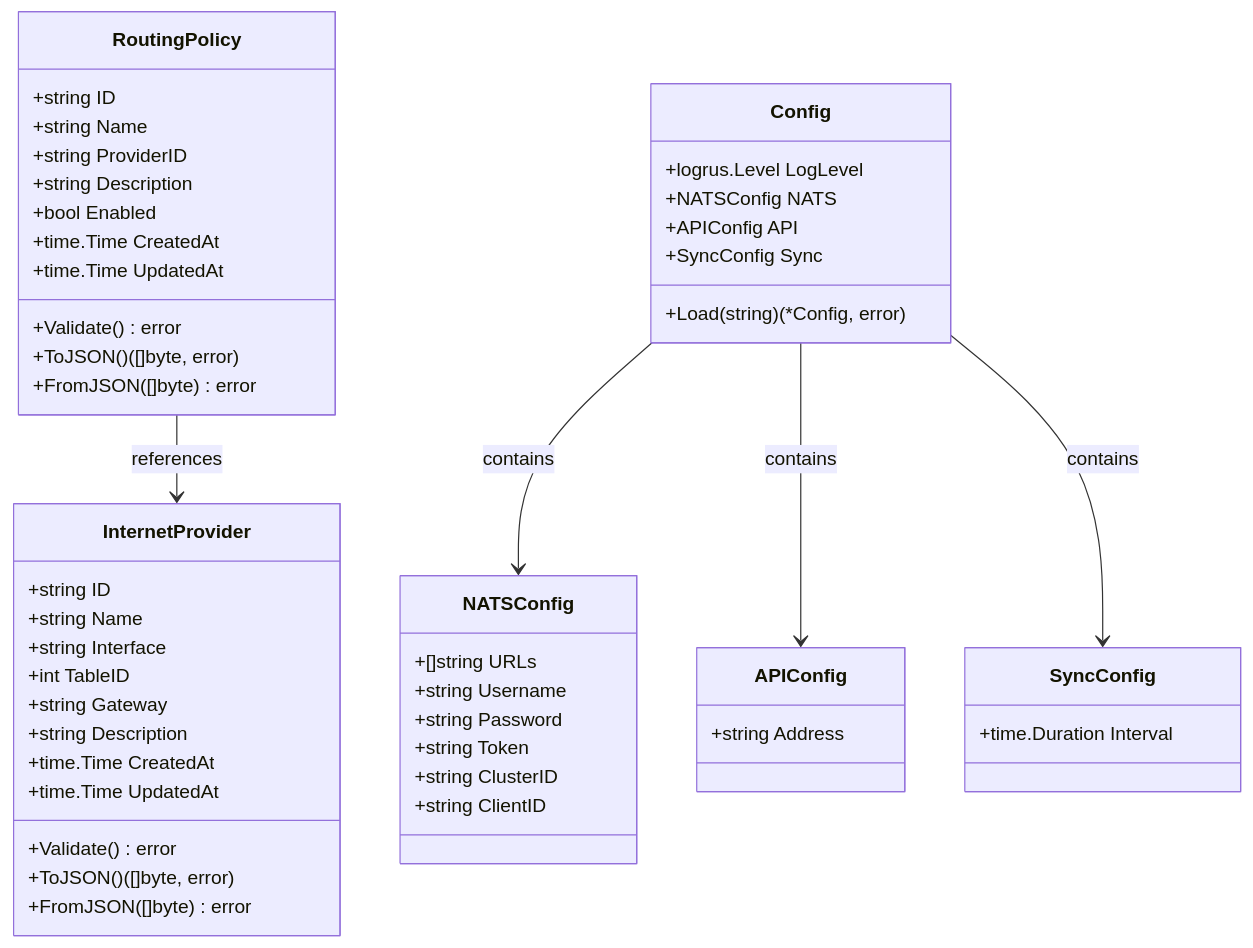
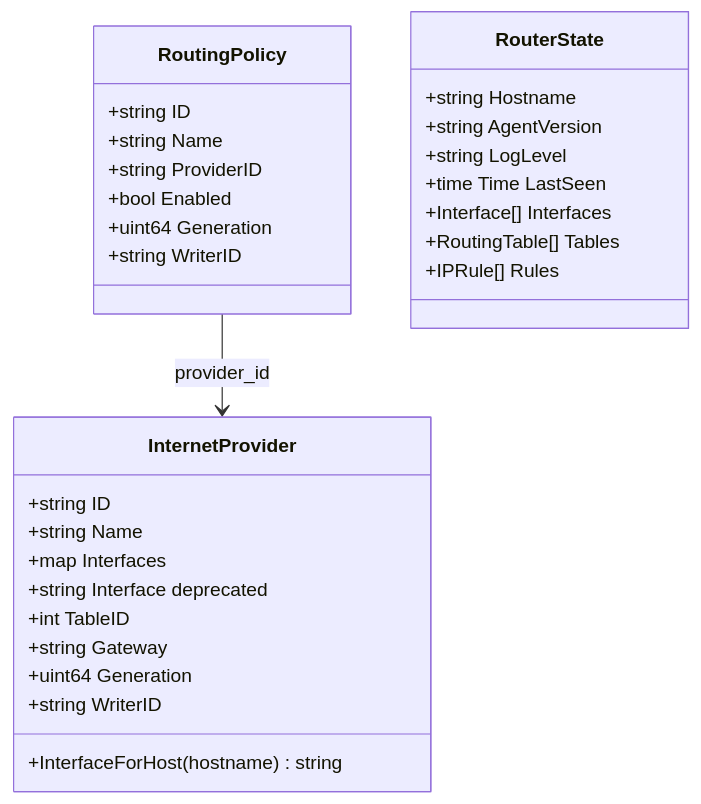
One commit to fcastello/router-sync changed the fourth of 5 diagrams in ARCHITECTURE.md. Above: the diagram before and after it, drawn with Mermaid. The commit also changed other lines of this file and 36 other files, not shown here.

First line of the commit message:
Split into API and agent modes with live router state and UI.

````diff
--- a/ARCHITECTURE.md
+++ b/ARCHITECTURE.md
@@ -276,59 +125,35 @@
 ```mermaid
 classDiagram
     class InternetProvider {
         +string ID
         +string Name
-        +string Interface
+        +map Interfaces
+        +string Interface deprecated
         +int TableID
         +string Gateway
-        +string Description
-        +time.Time CreatedAt
-        +time.Time UpdatedAt
-        +Validate() error
-        +ToJSON() ([]byte, error)
-        +FromJSON([]byte) error
+        +uint64 Generation
+        +string WriterID
+        +InterfaceForHost(hostname) string
     }
-    
+
     class RoutingPolicy {
         +string ID
         +string Name
         +string ProviderID
-        +string Description
         +bool Enabled
-        +time.Time CreatedAt
-        +time.Time UpdatedAt
-        +Validate() error
-        +ToJSON() ([]byte, error)
-        +FromJSON([]byte) error
+        +uint64 Generation
+        +string WriterID
     }
-    
-    class Config {
-        +logrus.Level LogLevel
-        +NATSConfig NATS
-        +APIConfig API
-        +SyncConfig Sync
-        +Load(string) (*Config, error)
+
+    class RouterState {
+        +string Hostname
+        +string AgentVersion
+        +string LogLevel
+        +time Time LastSeen
+        +Interface[] Interfaces
+        +RoutingTable[] Tables
+        +IPRule[] Rules
     }
-    
-    class NATSConfig {
-        +[]string URLs
-        +string Username
-        +string Password
-        +string Token
-        +string ClusterID
-        +string ClientID
-    }
-    
-    class APIConfig {
-        +string Address
-    }
-    
-    class SyncConfig {
-        +time.Duration Interval
-    }
-    
-    RoutingPolicy --> InternetProvider : references
-    Config --> NATSConfig : contains
-    Config --> APIConfig : contains
-    Config --> SyncConfig : contains
+
+    RoutingPolicy --> InternetProvider : provider_id
 ```
````
